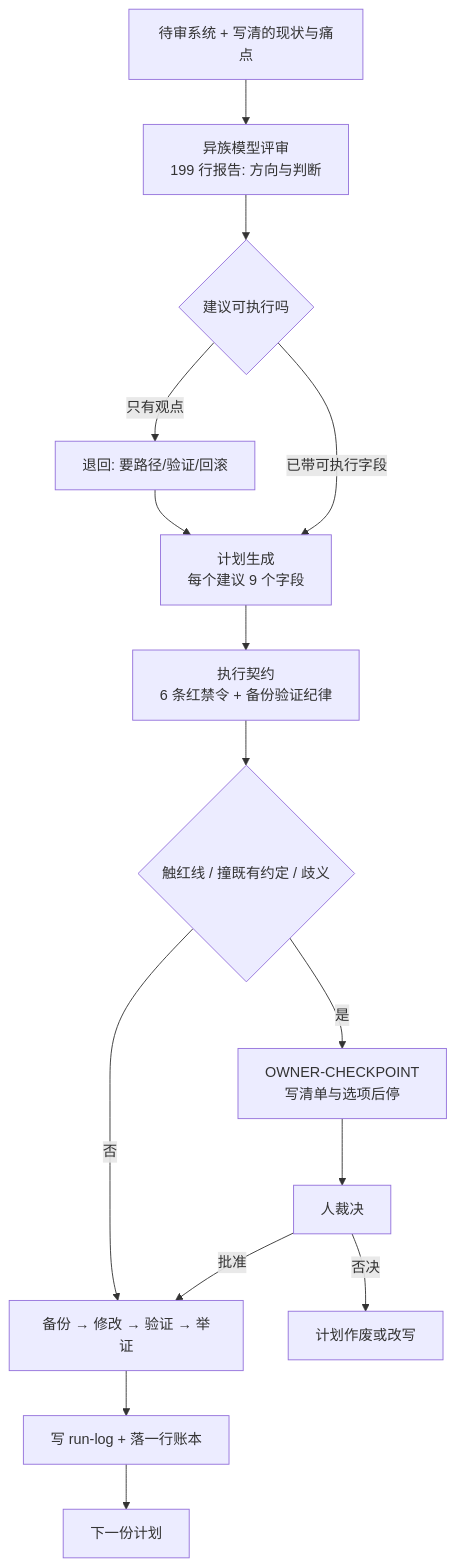
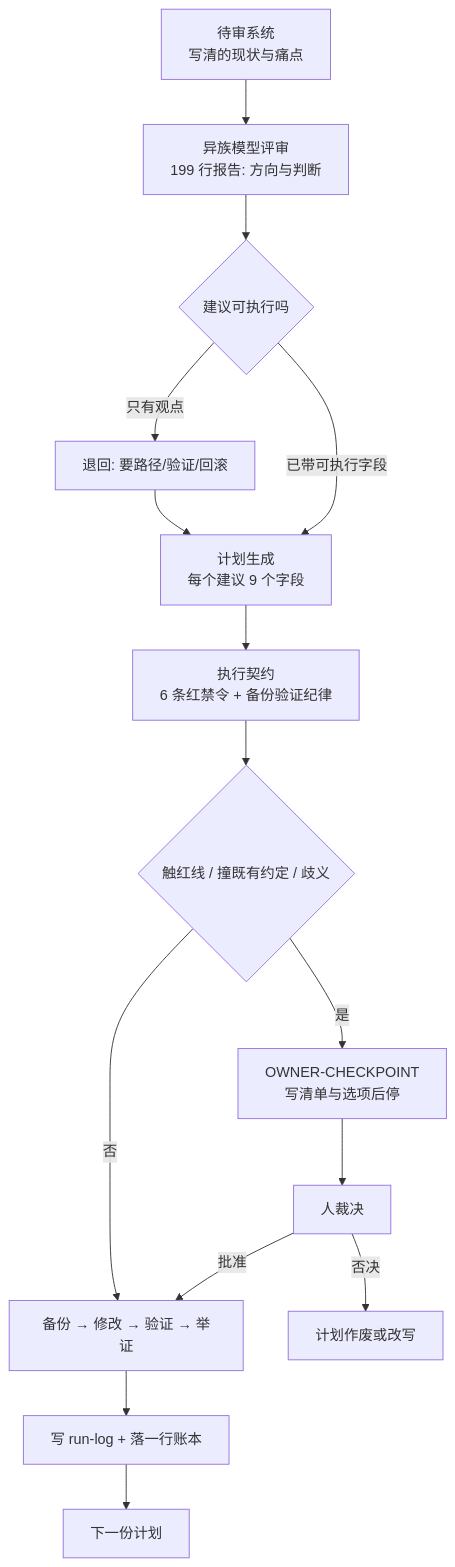
One commit to wxxb789/wxxb789.github.io changed the diagram in posts/2026-11-06-heterogeneous-agent-audit.md. Above: the diagram before and after it, drawn with Mermaid.

Commit message:
content: fix mermaid node wrapping

````diff
--- a/posts/2026-11-06-heterogeneous-agent-audit.md
+++ b/posts/2026-11-06-heterogeneous-agent-audit.md
@@ -89,17 +89,17 @@
 ```mermaid
 flowchart TD
-    A[待审系统 + 写清的现状与痛点] --> B[异族模型评审<br/>199 行报告: 方向与判断]
+    A[待审系统<br/>写清的现状与痛点] --> B[异族模型评审<br/>199 行报告: 方向与判断]
     B --> C{建议可执行吗}
     C -->|只有观点| C1[退回: 要路径/验证/回滚]
     C1 --> D[计划生成<br/>每个建议 9 个字段]
     C -->|已带可执行字段| D
     D --> E[执行契约<br/>6 条红禁令 + 备份验证纪律]
     E --> F{触红线 / 撞既有约定 / 歧义}
     F -->|是| G[OWNER-CHECKPOINT<br/>写清单与选项后停]
     F -->|否| H[备份 → 修改 → 验证 → 举证]
     G --> J[人裁决]
     J -->|批准| H
     J -->|否决| K[计划作废或改写]
     H --> I[写 run-log + 落一行账本]
     I --> L[下一份计划]
 ```
````
